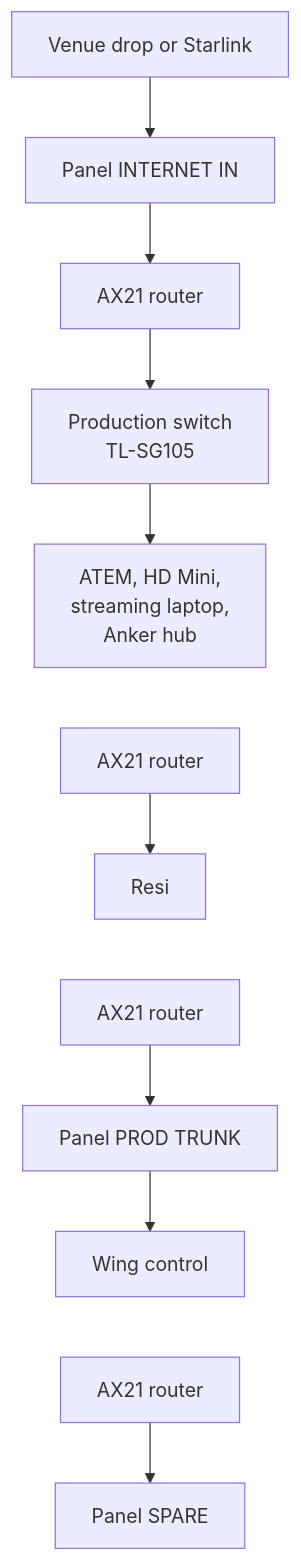
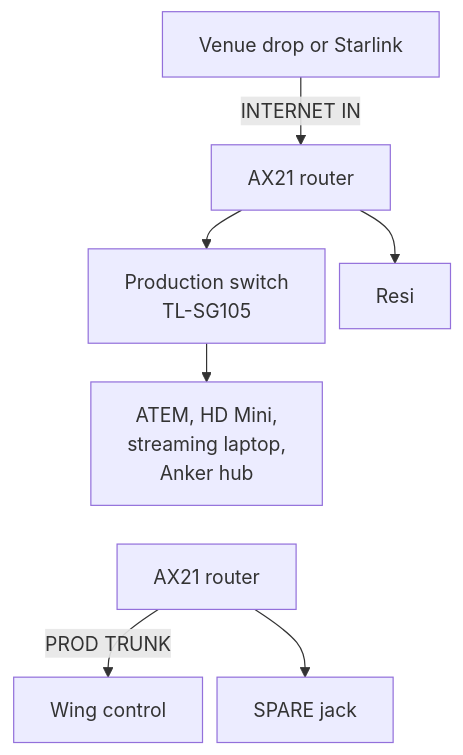
The fourth of 5 diagrams in build/README.md (samholub/elim-avpro-production-station), drawn with Mermaid before and after one commit. The commit also changed other lines of this file and 1 other file, not shown here.

Commit message:
build/README: charts collapsed in <details> and shortened for phones (jacks as edge labels); STATUS

````diff
--- a/build/README.md
+++ b/build/README.md
@@ -114,12 +126,11 @@
 ```mermaid
+%%{init: {"flowchart": {"rankSpacing": 32, "nodeSpacing": 12}}}%%
 flowchart TD
-  NET["Venue drop or Starlink"] --> IN["Panel INTERNET IN"] --> AX["AX21 router"]
+  NET["Venue drop or Starlink"] -->|"INTERNET IN"| AX["AX21 router"]
   AX --> SW["Production switch<br/>TL-SG105"]
+  AX --> RE["Resi"]
   SW --> DEV["ATEM, HD Mini,<br/>streaming laptop,<br/>Anker hub"]
   DEV ~~~ AX2["AX21 router"]
-  AX2 --> RE["Resi"]
-  RE ~~~ AX3["AX21 router"]
-  AX3 --> PR["Panel PROD TRUNK"] --> WC["Wing control"]
-  WC ~~~ AX4["AX21 router"]
-  AX4 --> SP["Panel SPARE"]
+  AX2 -->|"PROD TRUNK"| WC["Wing control"]
+  AX2 --> SP["SPARE jack"]
 ```
````
